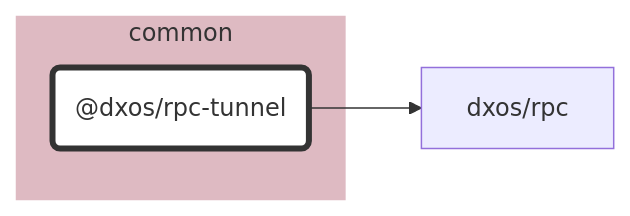
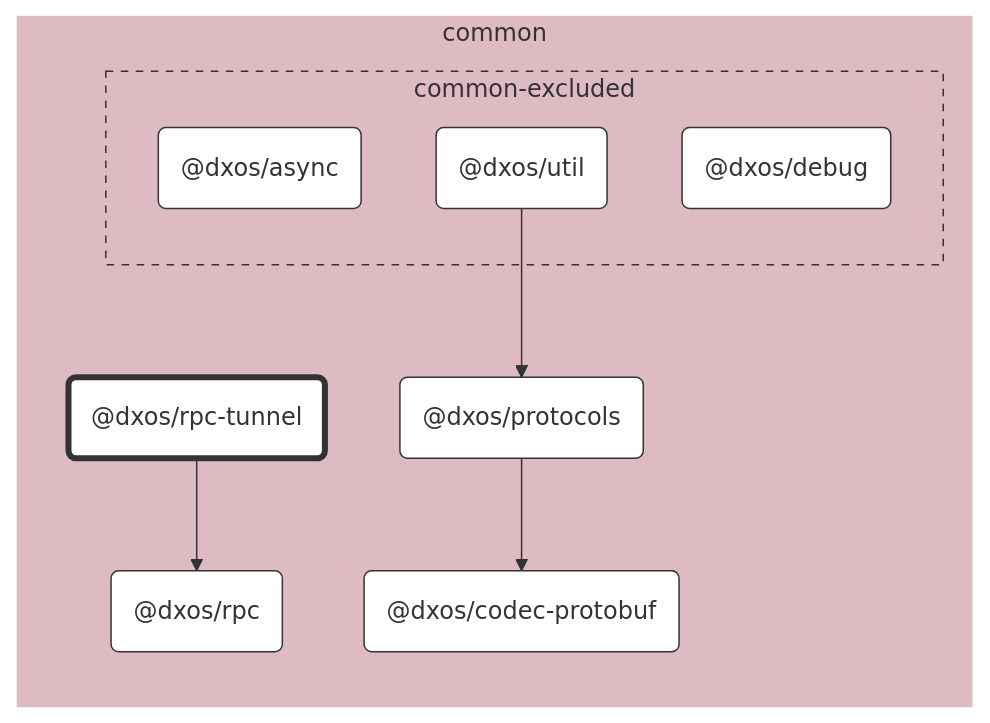
The diagram in packages/common/rpc-tunnel/docs/README.md (dxos/dxos), drawn with Mermaid before and after one commit. The commit also changed 65 other files, not shown here.

````diff
--- a/packages/common/rpc-tunnel/docs/README.md
+++ b/packages/common/rpc-tunnel/docs/README.md
@@ -7,21 +7,39 @@
 ```mermaid
 %%{ init: {'flowchart':{'curve':'basis'}} }%%
 
 flowchart LR
 
 %% Classes
 classDef def fill:#fff,stroke:#333,stroke-width:1px
 classDef root fill:#fff,stroke:#333,stroke-width:4px
 
 %% Nodes
 
 subgraph common [common]
   style common fill:#debac2,stroke:#fff
   dxos/rpc-tunnel("@dxos/rpc-tunnel"):::root
   click dxos/rpc-tunnel "dxos/dxos/tree/main/packages/common/rpc-tunnel/docs"
+  dxos/rpc("@dxos/rpc"):::def
+  click dxos/rpc "dxos/dxos/tree/main/packages/common/rpc/docs"
+  dxos/codec-protobuf("@dxos/codec-protobuf"):::def
+  click dxos/codec-protobuf "dxos/dxos/tree/main/packages/common/codec-protobuf/docs"
+  dxos/protocols("@dxos/protocols"):::def
+  click dxos/protocols "dxos/dxos/tree/main/packages/common/protocols/docs"
+
+  subgraph common-excluded [common-excluded]
+    style common-excluded fill:#debac2,stroke:#333,stroke-dasharray:5 5
+    dxos/async("@dxos/async"):::def
+    click dxos/async "dxos/dxos/tree/main/packages/common/async/docs"
+    dxos/debug("@dxos/debug"):::def
+    click dxos/debug "dxos/dxos/tree/main/packages/common/debug/docs"
+    dxos/util("@dxos/util"):::def
+    click dxos/util "dxos/dxos/tree/main/packages/common/util/docs"
+  end
 end
 
 %% Links
 linkStyle default stroke:#333,stroke-width:1px
 dxos/rpc-tunnel --> dxos/rpc
+dxos/protocols --> dxos/codec-protobuf
+dxos/util --> dxos/protocols
 ```
````
